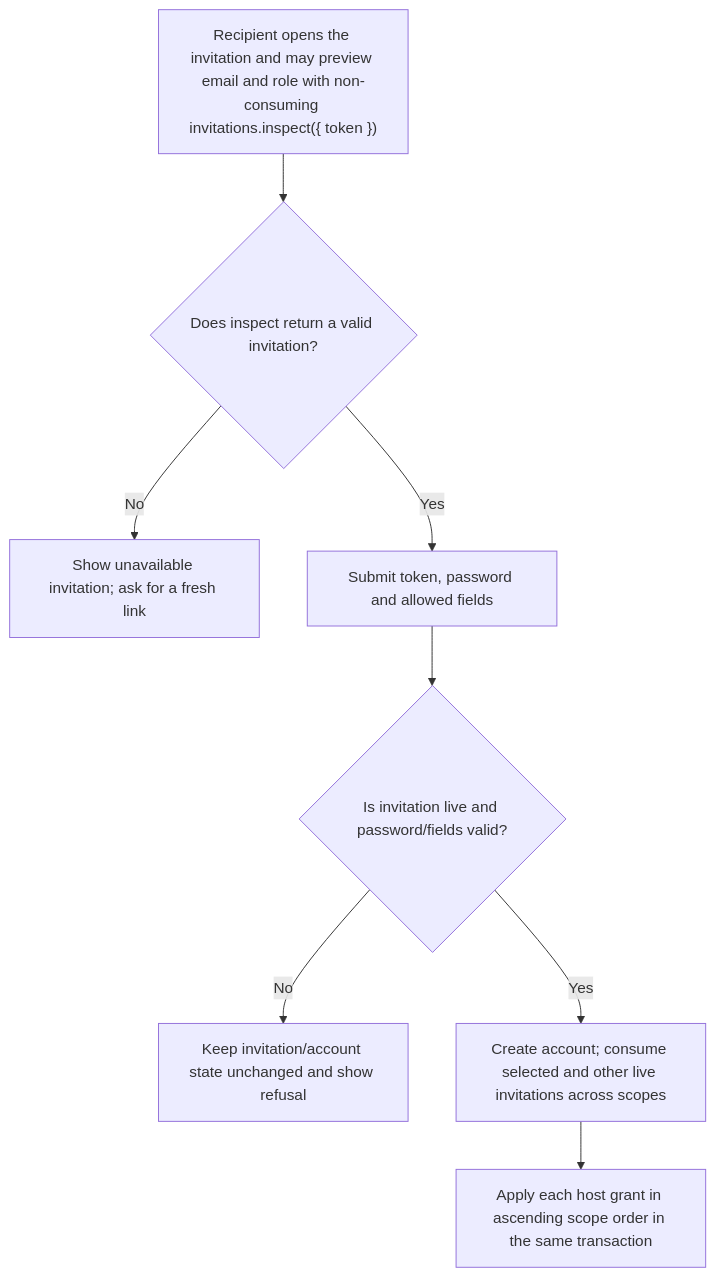
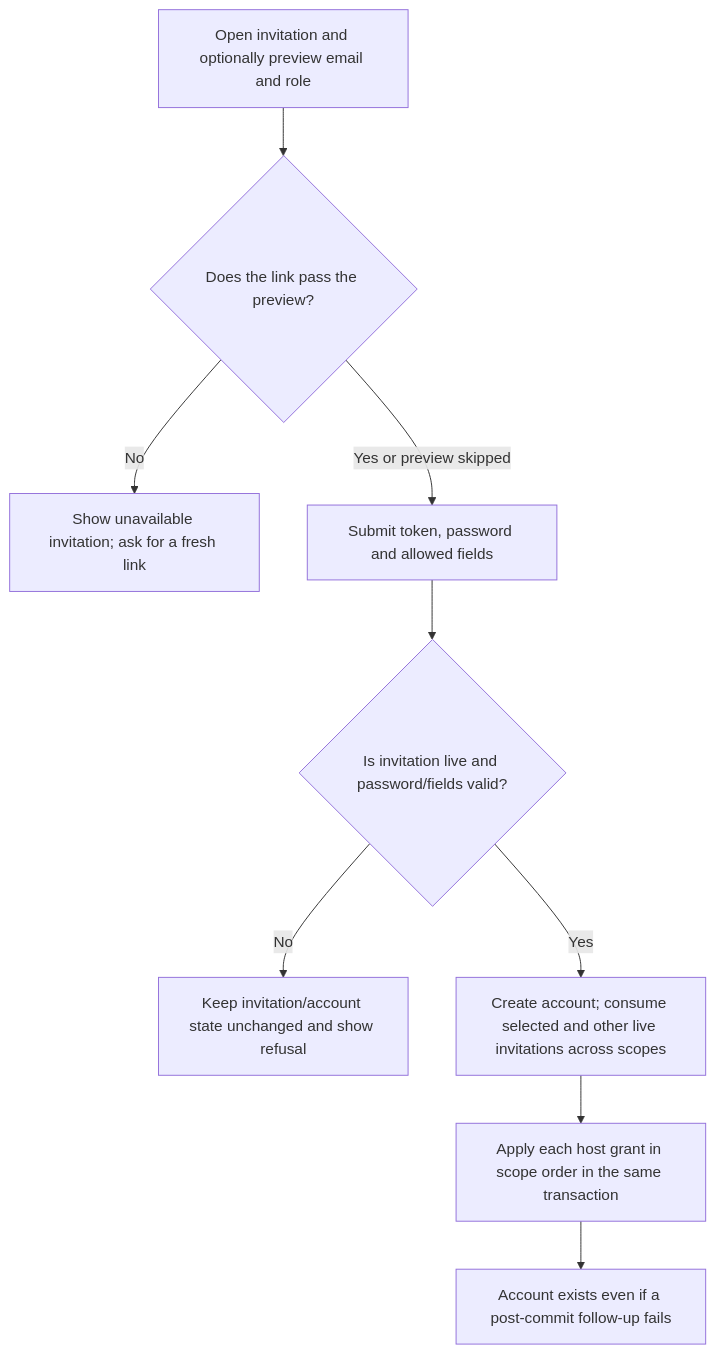
Before and after one commit to Kevinjohn/oss-adonisjs-account-kit: the first of 2 diagrams in user-stories/US-ACCOUNT-09-accept-invitation.md, drawn with Mermaid. The commit also changed other lines of this file and 70 other files, not shown here.

````diff
--- a/user-stories/US-ACCOUNT-09-accept-invitation.md
+++ b/user-stories/US-ACCOUNT-09-accept-invitation.md
@@ -18,10 +20,11 @@
 ```mermaid
 flowchart TD
- A["Recipient opens the invitation and may preview email and role with non-consuming invitations.inspect({ token })"] --> B{"Does inspect return a valid invitation?"}
+ A["Open invitation and optionally preview email and role"] --> B{"Does the link pass the preview?"}
  B -->|No| C["Show unavailable invitation; ask for a fresh link"]
- B -->|Yes| D["Submit token, password and allowed fields"]
+ B -->|Yes or preview skipped| D["Submit token, password and allowed fields"]
  D --> E{"Is invitation live and password/fields valid?"}
  E -->|No| F["Keep invitation/account state unchanged and show refusal"]
  E -->|Yes| G["Create account; consume selected and other live invitations across scopes"]
- G --> H["Apply each host grant in ascending scope order in the same transaction"]
+ G --> H["Apply each host grant in scope order in the same transaction"]
+ H --> I["Account exists even if a post-commit follow-up fails"]
 ```
````
